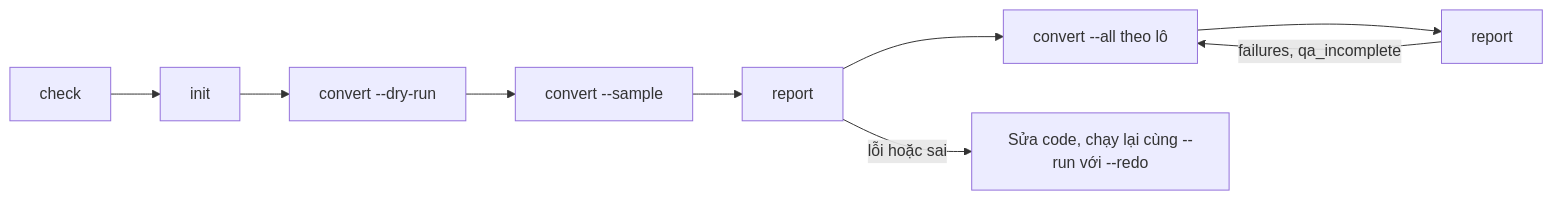
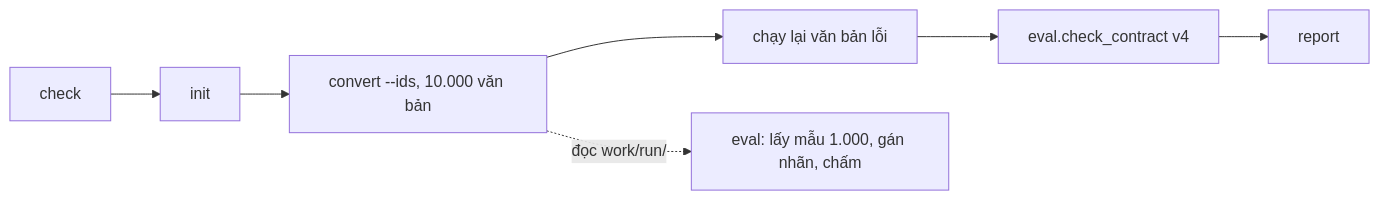
Before and after one commit to Vuminhnhat11224897/data_conversion: the second of 3 diagrams in docs/02-luong-hoat-dong.md, drawn with Mermaid. The commit also changed other lines of this file and 15 other files, not shown here.

````diff
--- a/docs/02-luong-hoat-dong.md
+++ b/docs/02-luong-hoat-dong.md
@@ -5,6 +43,5 @@
 ```mermaid
 flowchart LR
-  A[check] --> B[init] --> C["convert --dry-run"] --> D["convert --sample"] --> E[report] --> F["convert --all theo lô"] --> G[report]
-  E -- lỗi hoặc sai --> X[Sửa code, chạy lại cùng --run với --redo]
-  G -- failures, qa_incomplete --> F
+  A[check] --> B[init] --> C["convert --ids, 10.000 văn bản"] --> D["chạy lại văn bản lỗi"] --> E["eval.check_contract v4"] --> F[report]
+  C -.->|đọc work/run/| G["eval: lấy mẫu 1.000, gán nhãn, chấm"]
 ```
````
